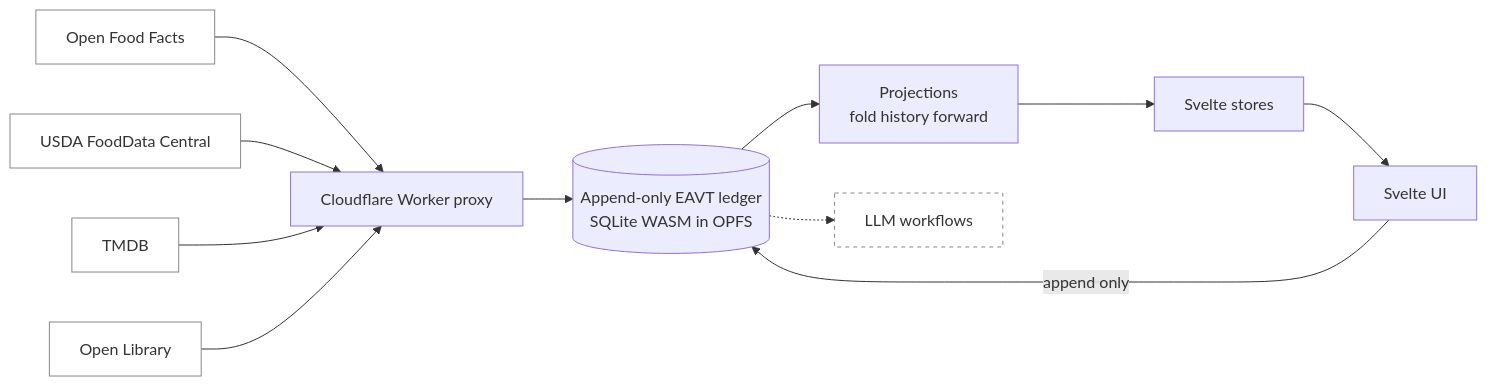
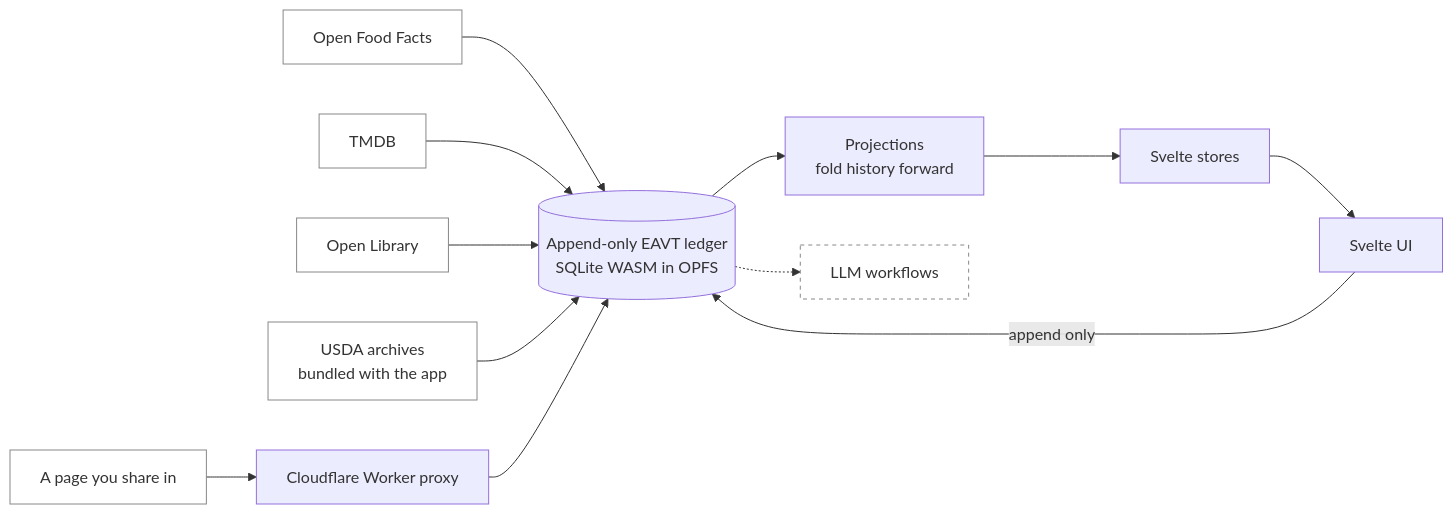
Before and after one commit to palebluebytes/inventoria: the diagram in README.md, drawn with Mermaid. The commit also changed other lines of this file, not shown here.

First line of the commit message:
docs(readme): draw the sources the way they actually reach the ledger

````diff
--- a/README.md
+++ b/README.md
@@ -31,18 +31,21 @@
 ```mermaid
 flowchart LR
     OFF[Open Food Facts]:::src
-    USDA[USDA FoodData Central]:::src
     TMDB[TMDB]:::src
     OL[Open Library]:::src
+    PAGE[A page you share in]:::src
+    USDA[USDA archives<br/>bundled with the app]:::src
 
-    OFF & USDA & TMDB & OL --> PROXY[Cloudflare Worker proxy]
-    PROXY --> LEDGER[(Append-only EAVT ledger<br/>SQLite WASM in OPFS)]
+    OFF & TMDB & OL --> LEDGER[(Append-only EAVT ledger<br/>SQLite WASM in OPFS)]
+    USDA --> LEDGER
+    PAGE --> PROXY[Cloudflare Worker proxy]
+    PROXY --> LEDGER
     UI[Svelte UI] -- "append only" --> LEDGER
     LEDGER --> PROJ[Projections<br/>fold history forward]
     PROJ --> STORES[Svelte stores]
     STORES --> UI
     LEDGER -.-> LLM[LLM workflows]:::future
 
     classDef src fill:none,stroke:#888
     classDef future stroke-dasharray: 4 4,fill:none,stroke:#888
 ```
````
